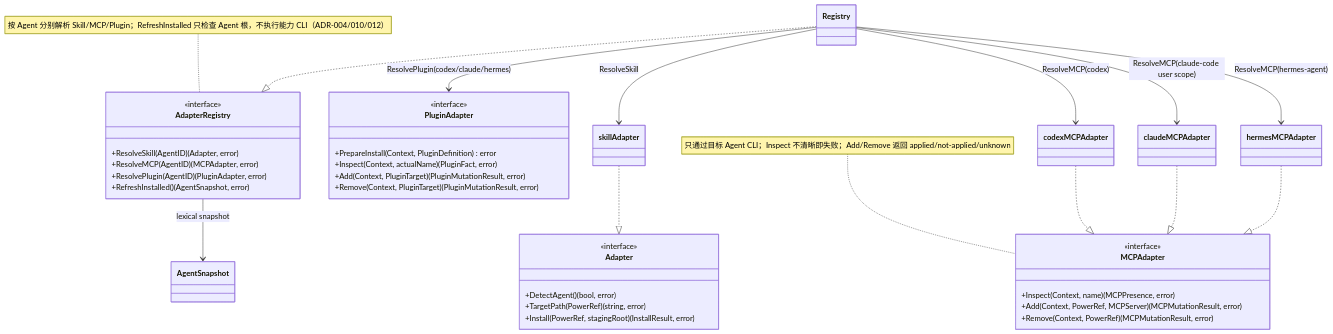
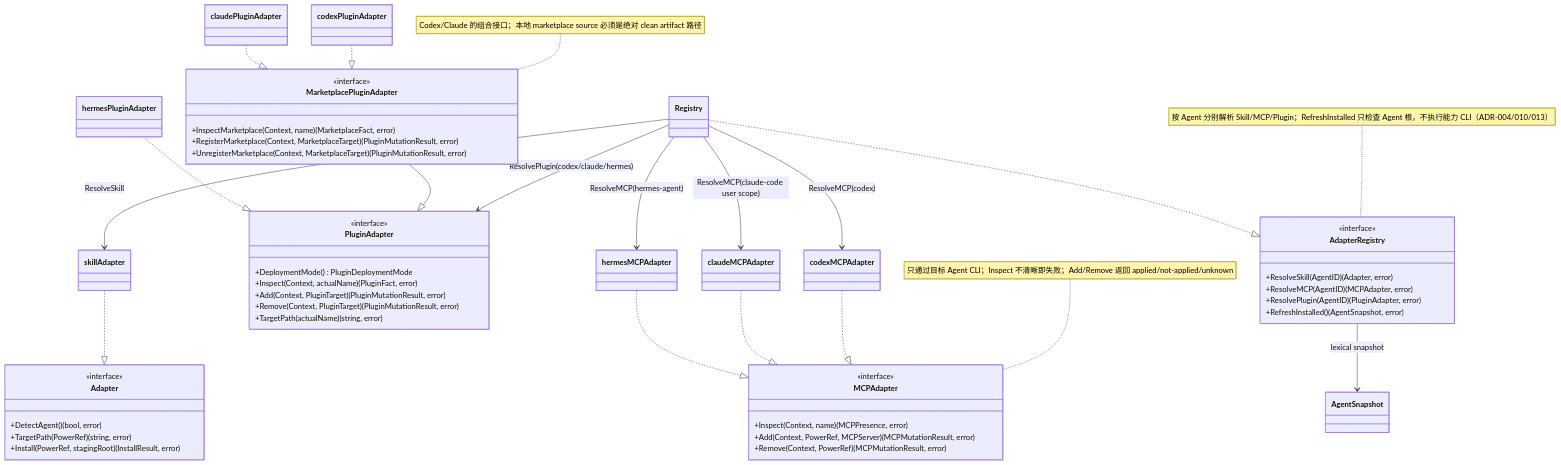
The diagram in ivory-tower/c4/components/apm-cli-diagrams/adapter-registry.mmd (spacemit-com/agent-power-manager), drawn with Mermaid before and after one commit. The commit also changed 12 other files, not shown here.

Commit message:
docs(plugin): document local marketplace artifacts

```diff
--- a/ivory-tower/c4/components/apm-cli-diagrams/adapter-registry.mmd
+++ b/ivory-tower/c4/components/apm-cli-diagrams/adapter-registry.mmd
@@ -1,47 +1,62 @@
 classDiagram
-    note for AdapterRegistry "按 Agent 分别解析 Skill/MCP/Plugin；RefreshInstalled 只检查 Agent 根，不执行能力 CLI（ADR-004/010/012）"
+    note for AdapterRegistry "按 Agent 分别解析 Skill/MCP/Plugin；RefreshInstalled 只检查 Agent 根，不执行能力 CLI（ADR-004/010/013）"
     class AdapterRegistry {
         <<interface>>
         +ResolveSkill(AgentID) (Adapter, error)
         +ResolveMCP(AgentID) (MCPAdapter, error)
         +ResolvePlugin(AgentID) (PluginAdapter, error)
         +RefreshInstalled() (AgentSnapshot, error)
     }
     class Adapter {
         <<interface>>
         +DetectAgent() (bool, error)
         +TargetPath(PowerRef) (string, error)
         +Install(PowerRef, stagingRoot) (InstallResult, error)
     }
     note for MCPAdapter "只通过目标 Agent CLI；Inspect 不清晰即失败；Add/Remove 返回 applied/not-applied/unknown"
     class MCPAdapter {
         <<interface>>
         +Inspect(Context, name) (MCPPresence, error)
         +Add(Context, PowerRef, MCPServer) (MCPMutationResult, error)
         +Remove(Context, PowerRef) (MCPMutationResult, error)
     }
     class Registry
     class PluginAdapter {
         <<interface>>
-        +PrepareInstall(Context, PluginDefinition) error
+        +DeploymentMode() PluginDeploymentMode
         +Inspect(Context, actualName) (PluginFact, error)
         +Add(Context, PluginTarget) (PluginMutationResult, error)
         +Remove(Context, PluginTarget) (PluginMutationResult, error)
+        +TargetPath(actualName) (string, error)
+    }
+    note for MarketplacePluginAdapter "Codex/Claude 的组合接口；本地 marketplace source 必须是绝对 clean artifact 路径"
+    class MarketplacePluginAdapter {
+        <<interface>>
+        +InspectMarketplace(Context, name) (MarketplaceFact, error)
+        +RegisterMarketplace(Context, MarketplaceTarget) (PluginMutationResult, error)
+        +UnregisterMarketplace(Context, MarketplaceTarget) (PluginMutationResult, error)
     }
     class skillAdapter
     class codexMCPAdapter
     class claudeMCPAdapter
     class hermesMCPAdapter
+    class codexPluginAdapter
+    class claudePluginAdapter
+    class hermesPluginAdapter
     class AgentSnapshot
 
     Registry ..|> AdapterRegistry
     Registry --> skillAdapter : ResolveSkill
     Registry --> codexMCPAdapter : ResolveMCP(codex)
     Registry --> claudeMCPAdapter : ResolveMCP(claude-code user scope)
     Registry --> hermesMCPAdapter : ResolveMCP(hermes-agent)
     Registry --> PluginAdapter : ResolvePlugin(codex/claude/hermes)
     skillAdapter ..|> Adapter
     codexMCPAdapter ..|> MCPAdapter
     claudeMCPAdapter ..|> MCPAdapter
     hermesMCPAdapter ..|> MCPAdapter
+    MarketplacePluginAdapter --|> PluginAdapter
+    codexPluginAdapter ..|> MarketplacePluginAdapter
+    claudePluginAdapter ..|> MarketplacePluginAdapter
+    hermesPluginAdapter ..|> PluginAdapter
     AdapterRegistry --> AgentSnapshot : lexical snapshot
```
